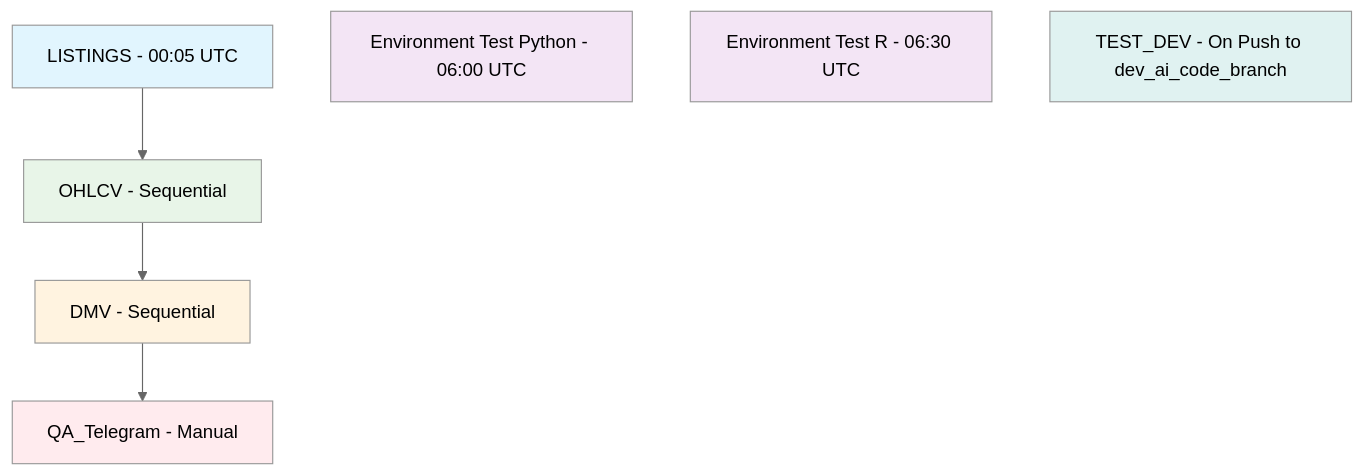
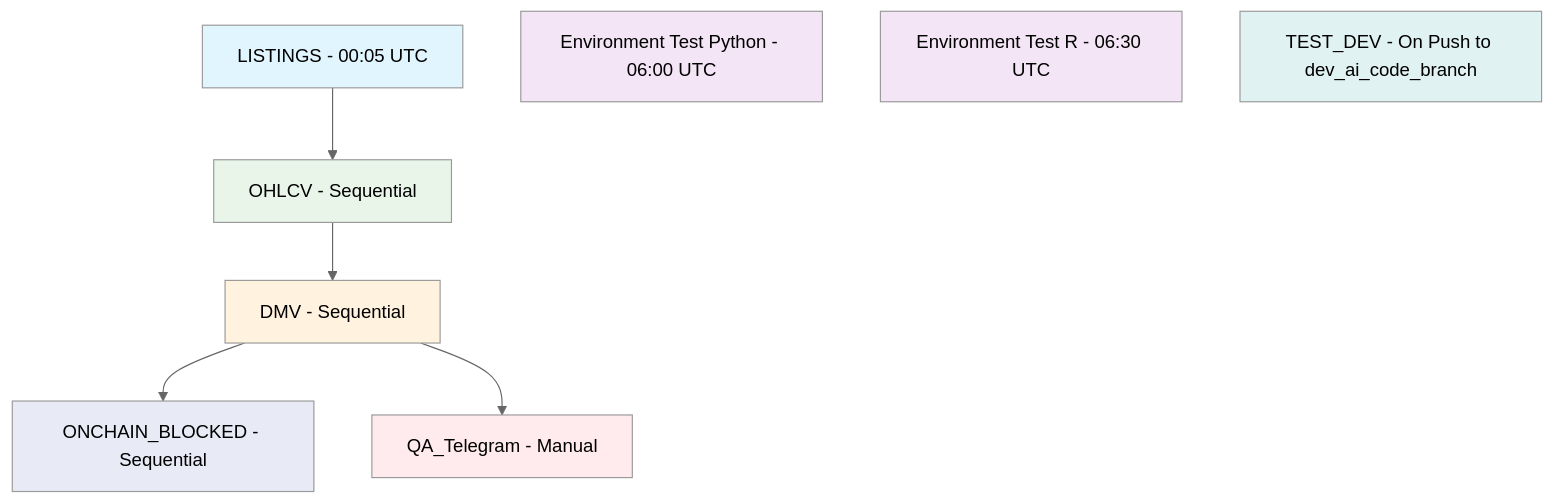
Before and after one commit to CryptoPrism-io/CryptoPrism-DB-D: the diagram in CRON_SCHEDULE_README.md, drawn with Mermaid (neutral theme). The commit also changed other lines of this file and 28 other files, not shown here.

````diff
--- a/CRON_SCHEDULE_README.md
+++ b/CRON_SCHEDULE_README.md
@@ -24,18 +25,20 @@
 ```mermaid
 graph TD
     A[LISTINGS - 00:05 UTC] --> B[OHLCV - Sequential]
     B --> C[DMV - Sequential]
+    C --> H[ONCHAIN_BLOCKED - Sequential]
     C --> D[QA_Telegram - Manual]
     
     E[Environment Test Python - 06:00 UTC] 
     F[Environment Test R - 06:30 UTC]
     G[TEST_DEV - On Push to dev_ai_code_branch]
     
     style A fill:#e1f5fe
     style B fill:#e8f5e8
     style C fill:#fff3e0
+    style H fill:#e8eaf6
     style D fill:#ffebee
     style E fill:#f3e5f5
     style F fill:#f3e5f5
     style G fill:#e0f2f1
 ```
````
